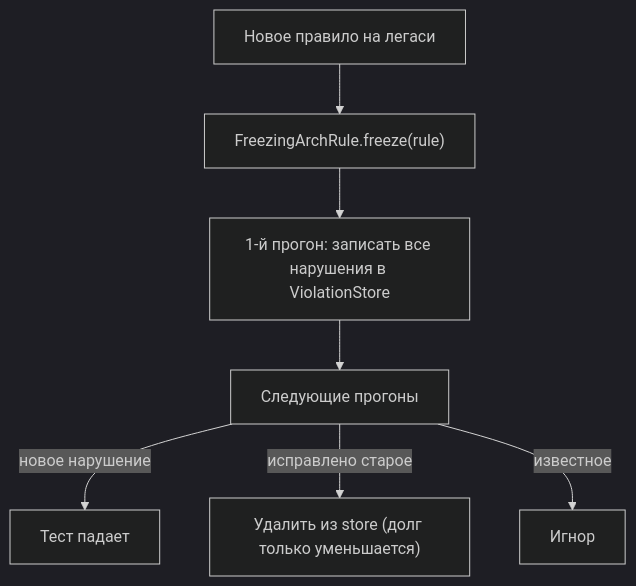
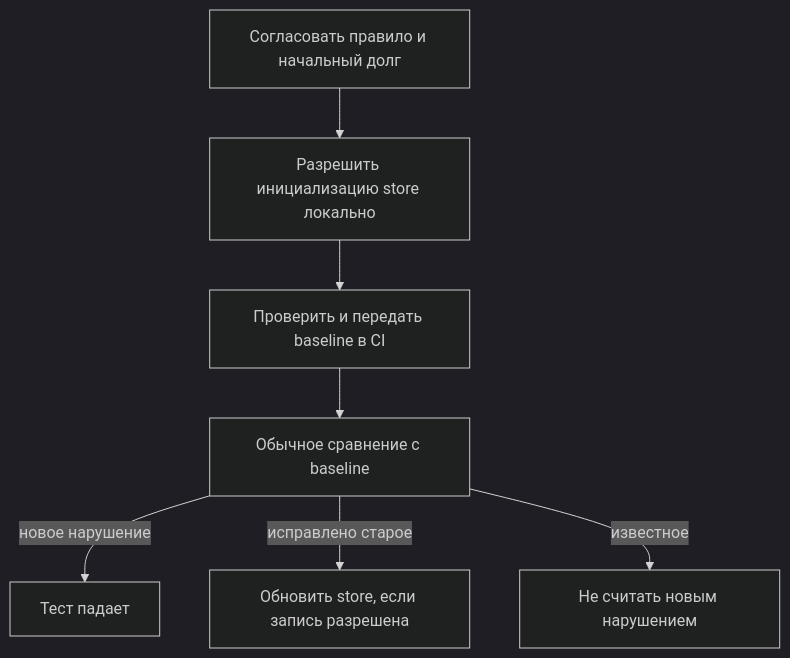
One commit to akeverus/cheat-sheet changed the fourth of 4 diagrams in cheatsheets/interview/testing/archunit-interview.md. Above: the diagram before and after it, drawn with Mermaid (dark theme). The commit also changed other lines of this file and 1 other file, not shown here.

Commit message:
Correct ArchUnit architecture cache and freeze guidance

````diff
--- a/cheatsheets/interview/testing/archunit-interview.md
+++ b/cheatsheets/interview/testing/archunit-interview.md
@@ -511,9 +556,9 @@
 ```mermaid
 flowchart TD
-    A["Новое правило на легаси"] --> B["FreezingArchRule.freeze(rule)"]
-    B --> C["1-й прогон: записать все нарушения в ViolationStore"]
-    C --> D["Следующие прогоны"]
+    A["Согласовать правило и начальный долг"] --> B["Разрешить инициализацию store локально"]
+    B --> C["Проверить и передать baseline в CI"]
+    C --> D["Обычное сравнение с baseline"]
     D -->|новое нарушение| E["Тест падает"]
-    D -->|исправлено старое| F["Удалить из store (долг только уменьшается)"]
-    D -->|известное| G["Игнор"]
+    D -->|исправлено старое| F["Обновить store, если запись разрешена"]
+    D -->|известное| G["Не считать новым нарушением"]
 ```
````
